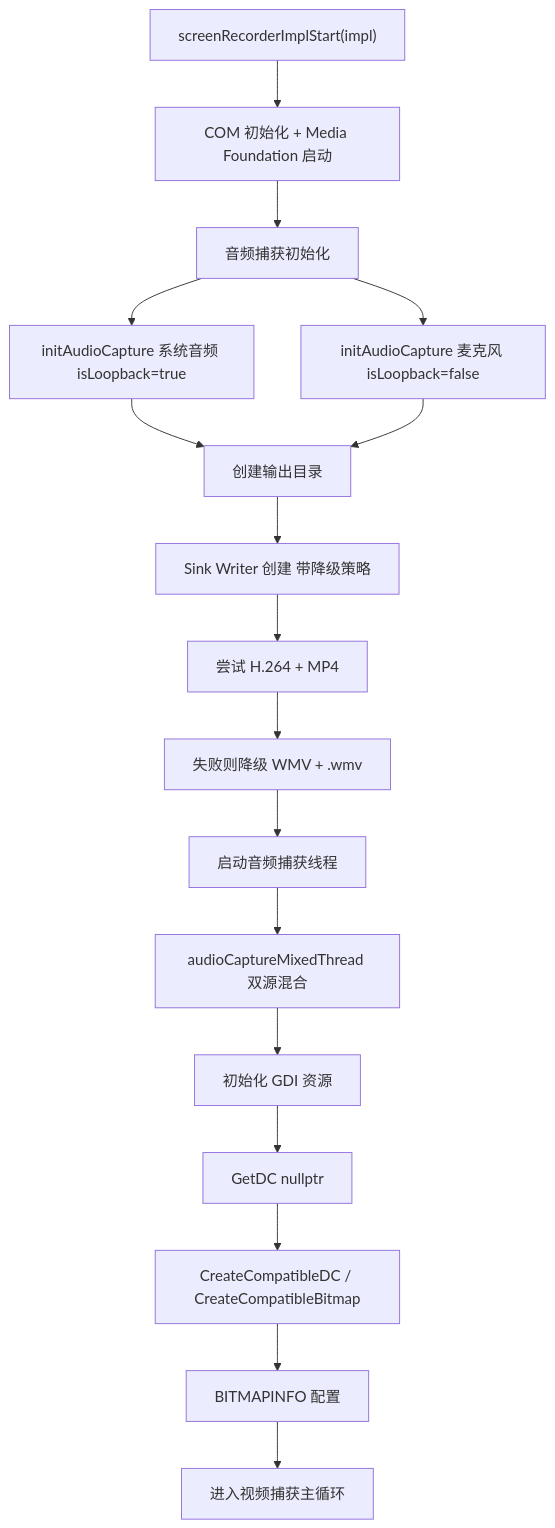
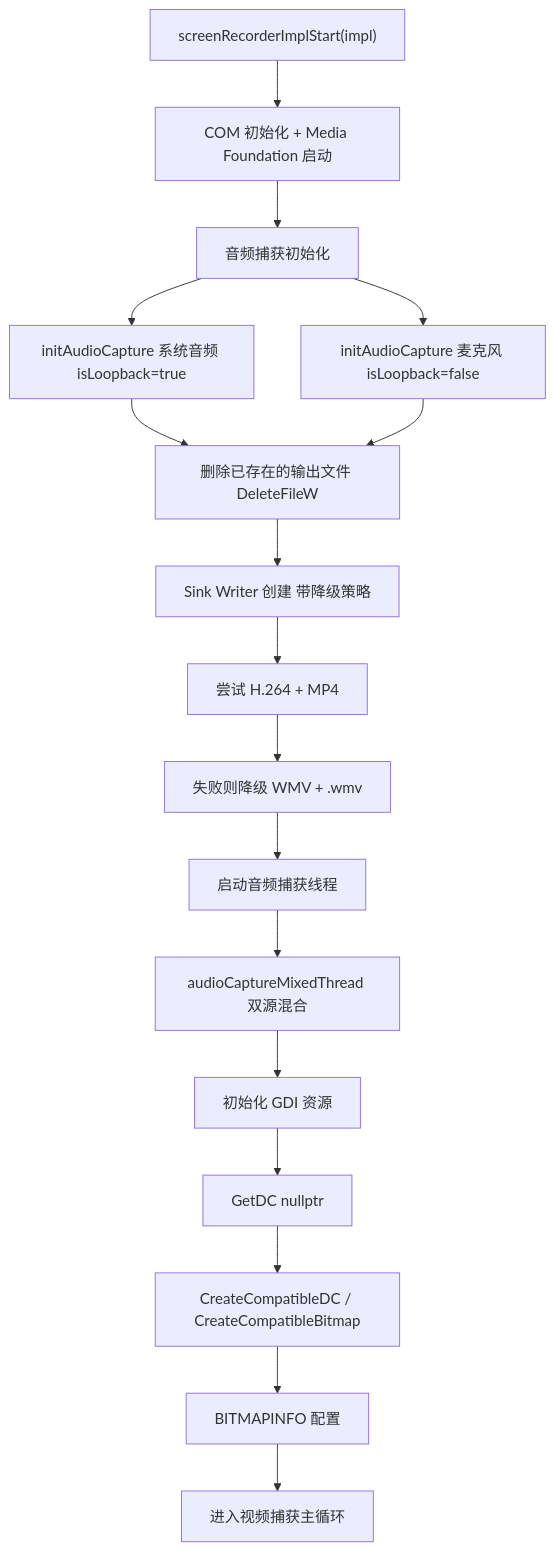
The sixth of 10 diagrams in docs/recording-windows.md (ChiangyangNPU/quick-shot), drawn with Mermaid before and after one commit. The commit also changed other lines of this file and 3 other files, not shown here.

````diff
--- a/docs/recording-windows.md
+++ b/docs/recording-windows.md
@@ -210,19 +211,19 @@
 ```mermaid
 flowchart TD
     A["screenRecorderImplStart(impl)"] --> B["COM 初始化 + Media Foundation 启动"]
     B --> C["音频捕获初始化"]
     C --> C1["initAudioCapture 系统音频 isLoopback=true"]
     C --> C2["initAudioCapture 麦克风 isLoopback=false"]
-    C1 --> D["创建输出目录"]
+    C1 --> D["删除已存在的输出文件 DeleteFileW"]
     C2 --> D
     D --> E["Sink Writer 创建 带降级策略"]
     E --> E1["尝试 H.264 + MP4"]
     E1 --> E2["失败则降级 WMV + .wmv"]
     E2 --> F["启动音频捕获线程"]
     F --> F1["audioCaptureMixedThread 双源混合"]
     F1 --> G["初始化 GDI 资源"]
     G --> G1["GetDC nullptr"]
     G1 --> G2["CreateCompatibleDC / CreateCompatibleBitmap"]
     G2 --> G3["BITMAPINFO 配置"]
     G3 --> H["进入视频捕获主循环"]
 ```
````
